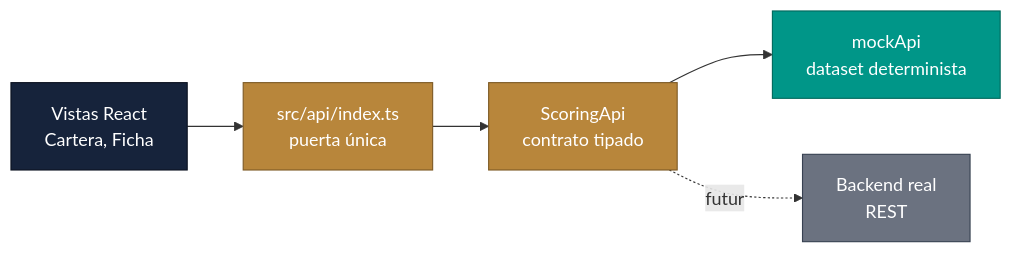
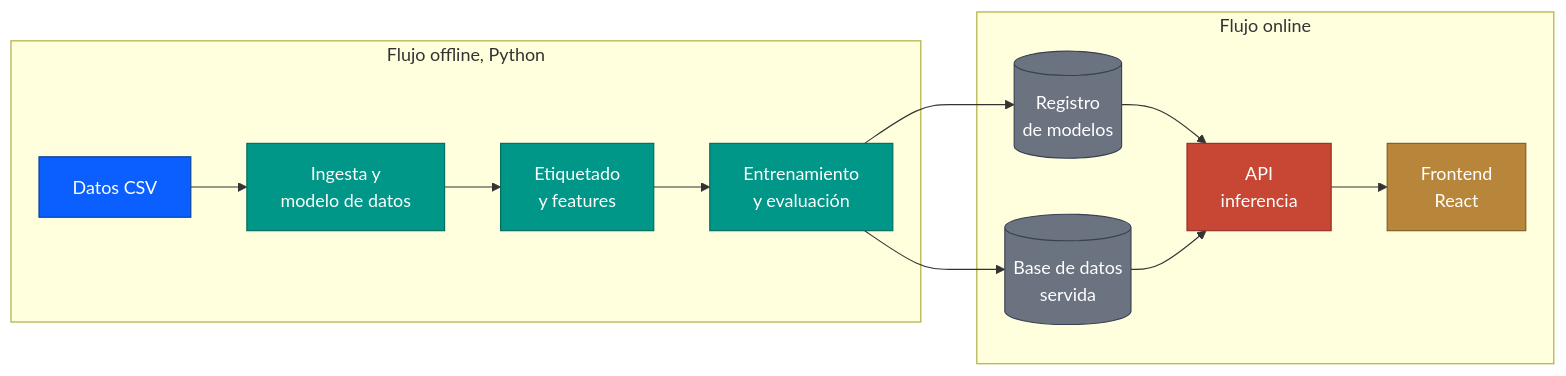
One commit to Hammad-Bellachhab/finhackers changed the diagram in README.md. Above: the diagram before and after it, drawn with Mermaid. The commit also changed other lines of this file and 4 other files, not shown here.

````diff
--- a/README.md
+++ b/README.md
@@ -44,17 +43,29 @@
 ```mermaid
 flowchart LR
-    A[Vistas React<br/>Cartera, Ficha] --> B[src/api/index.ts<br/>puerta única]
-    B --> C[ScoringApi<br/>contrato tipado]
-    C --> D[mockApi<br/>dataset determinista]
-    C -.futuro.-> E[Backend real<br/>REST]
+    subgraph OFF[Flujo offline, Python]
+        A[Datos CSV] --> B[Ingesta y<br/>modelo de datos]
+        B --> C[Etiquetado<br/>y features]
+        C --> D[Entrenamiento<br/>y evaluación]
+    end
 
-    classDef ui fill:#16233B,stroke:#0b1220,color:#fff
-    classDef api fill:#B8863B,stroke:#7d5a25,color:#fff
-    classDef mock fill:#009688,stroke:#00695c,color:#fff
-    classDef future fill:#6b7280,stroke:#374151,color:#fff
+    D --> E[(Registro<br/>de modelos)]
+    D --> F[(Base de datos<br/>servida)]
 
-    class A ui
-    class B,C api
-    class D mock
-    class E future
+    subgraph ON[Flujo online]
+        E --> G[API<br/>inferencia]
+        F --> G
+        G --> H[Frontend<br/>React]
+    end
+
+    classDef data fill:#0B5FFF,stroke:#083d99,color:#fff
+    classDef ml fill:#009688,stroke:#00695c,color:#fff
+    classDef store fill:#6b7280,stroke:#374151,color:#fff
+    classDef api fill:#C74634,stroke:#8f2f22,color:#fff
+    classDef ui fill:#B8863B,stroke:#7d5a25,color:#fff
+
+    class A data
+    class B,C,D ml
+    class E,F store
+    class G api
+    class H ui
 ```
````
